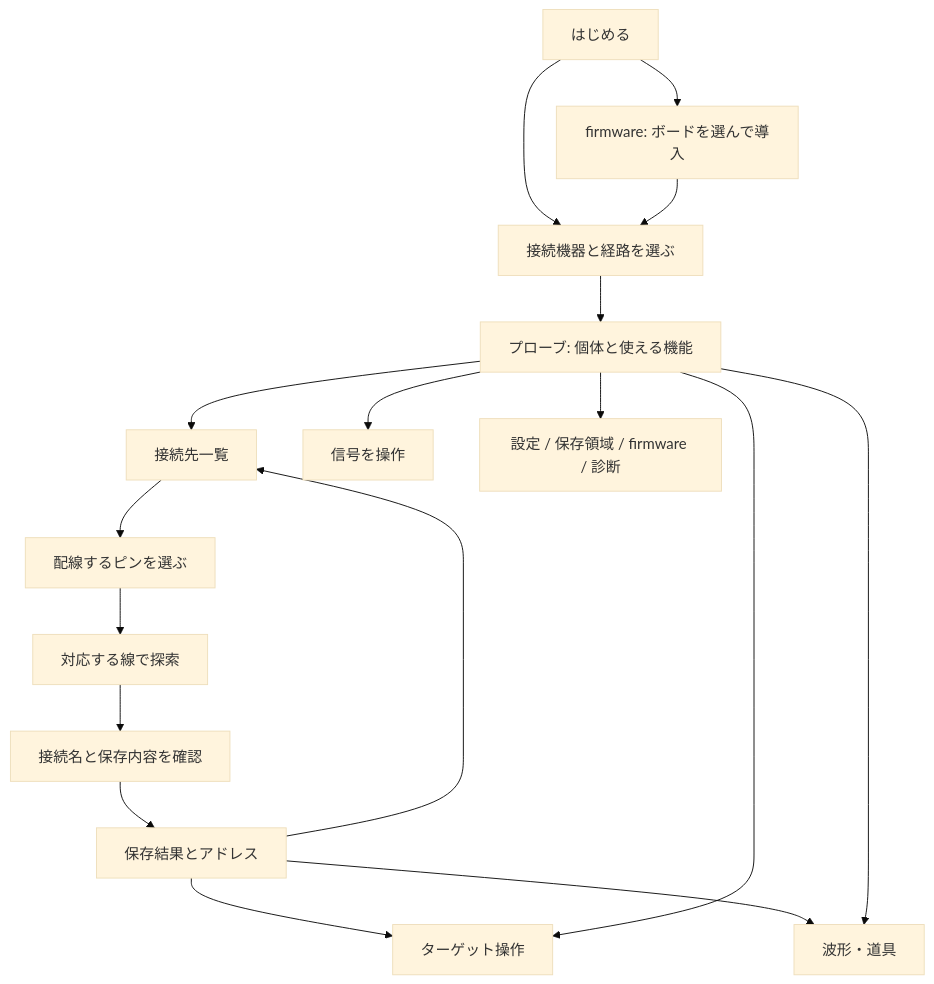
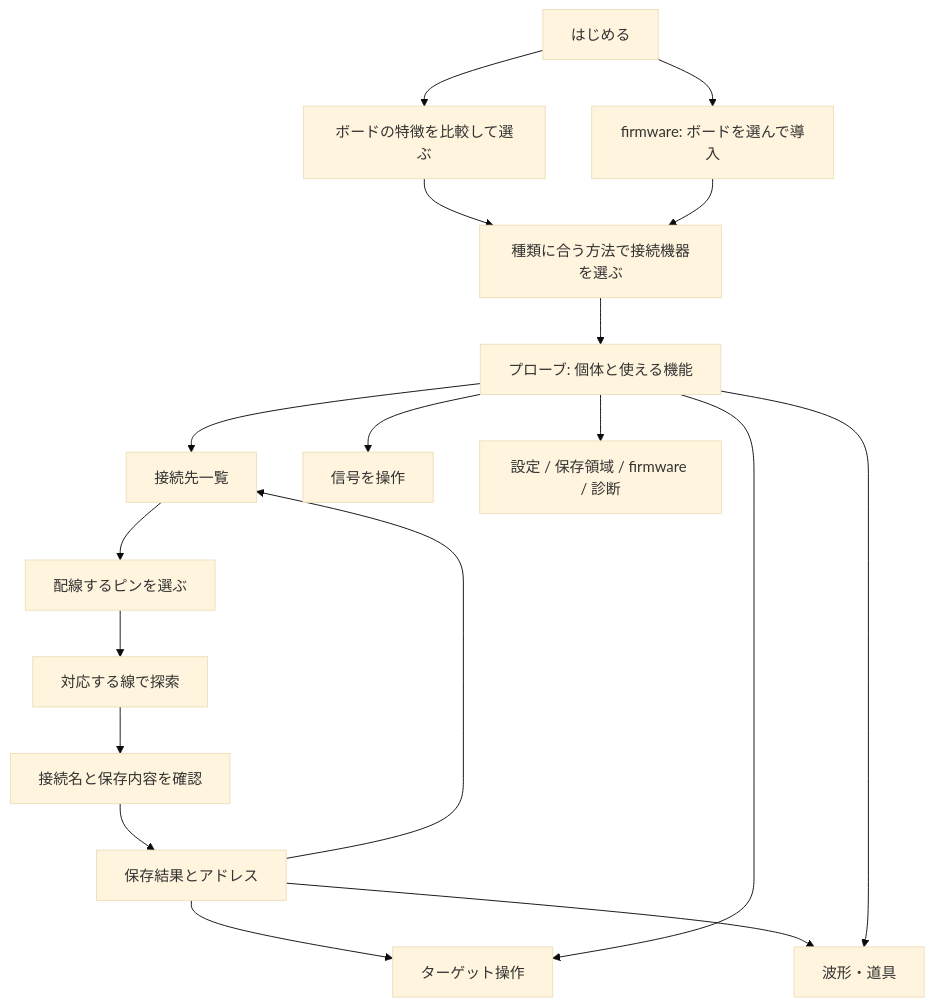
One commit to Open-Embedded-Probe/oep-client-js changed the diagram in docs/page.ja.md. Above: the diagram before and after it, drawn with Mermaid (base theme). The commit also changed other lines of this file and 6 other files, not shown here.

````diff
--- a/docs/page.ja.md
+++ b/docs/page.ja.md
@@ -58,19 +59,20 @@
 ```mermaid
 flowchart TD
-  H[はじめる] --> C[接続機器と経路を選ぶ]
+  H[はじめる] --> Q[ボードの特徴を比較して選ぶ]
+  Q --> C[種類に合う方法で接続機器を選ぶ]
   H --> F[firmware: ボードを選んで導入]
   F --> C
   C --> P[プローブ: 個体と使える機能]
   P --> T[接続先一覧]
   T --> W[配線するピンを選ぶ]
   W --> S[対応する線で探索]
   S --> N[接続名と保存内容を確認]
   N --> D[保存結果とアドレス]
   D --> T
   D --> B[ターゲット操作]
   D --> U[波形・道具]
   P --> I[信号を操作]
   P --> B
   P --> U
   P --> G[設定 / 保存領域 / firmware / 診断]
 ```
````
